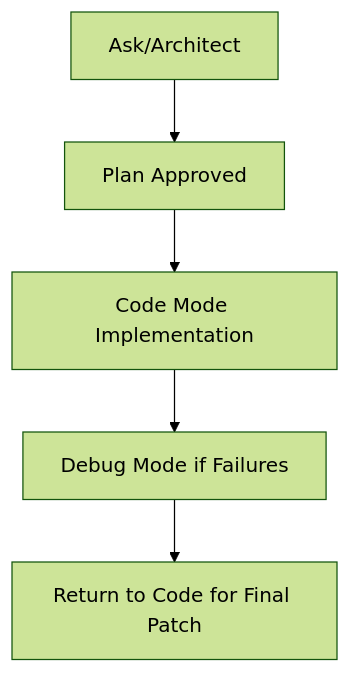
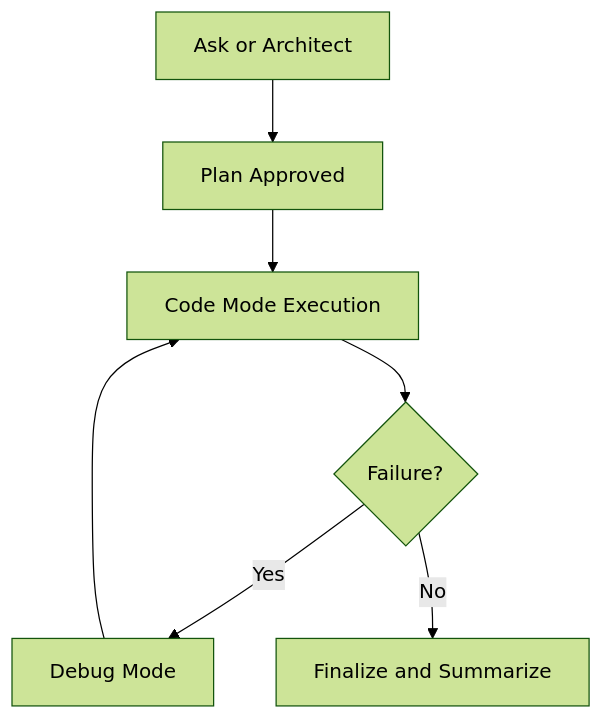
One commit to johnxie/awesome-code-docs changed the diagram in tutorials/roo-code-tutorial/02-modes-and-task-design.md. Above: the diagram before and after it, drawn with Mermaid (forest theme). The commit also changed other lines of this file and 13 other files, not shown here.

````diff
--- a/tutorials/roo-code-tutorial/02-modes-and-task-design.md
+++ b/tutorials/roo-code-tutorial/02-modes-and-task-design.md
@@ -34,7 +36,9 @@
 ```mermaid
-graph TD
-    A[Ask/Architect] --> B[Plan Approved]
-    B --> C[Code Mode Implementation]
-    C --> D[Debug Mode if Failures]
-    D --> E[Return to Code for Final Patch]
+flowchart TD
+    A[Ask or Architect] --> B[Plan Approved]
+    B --> C[Code Mode Execution]
+    C --> D{Failure?}
+    D -- Yes --> E[Debug Mode]
+    E --> C
+    D -- No --> F[Finalize and Summarize]
 ```
````
